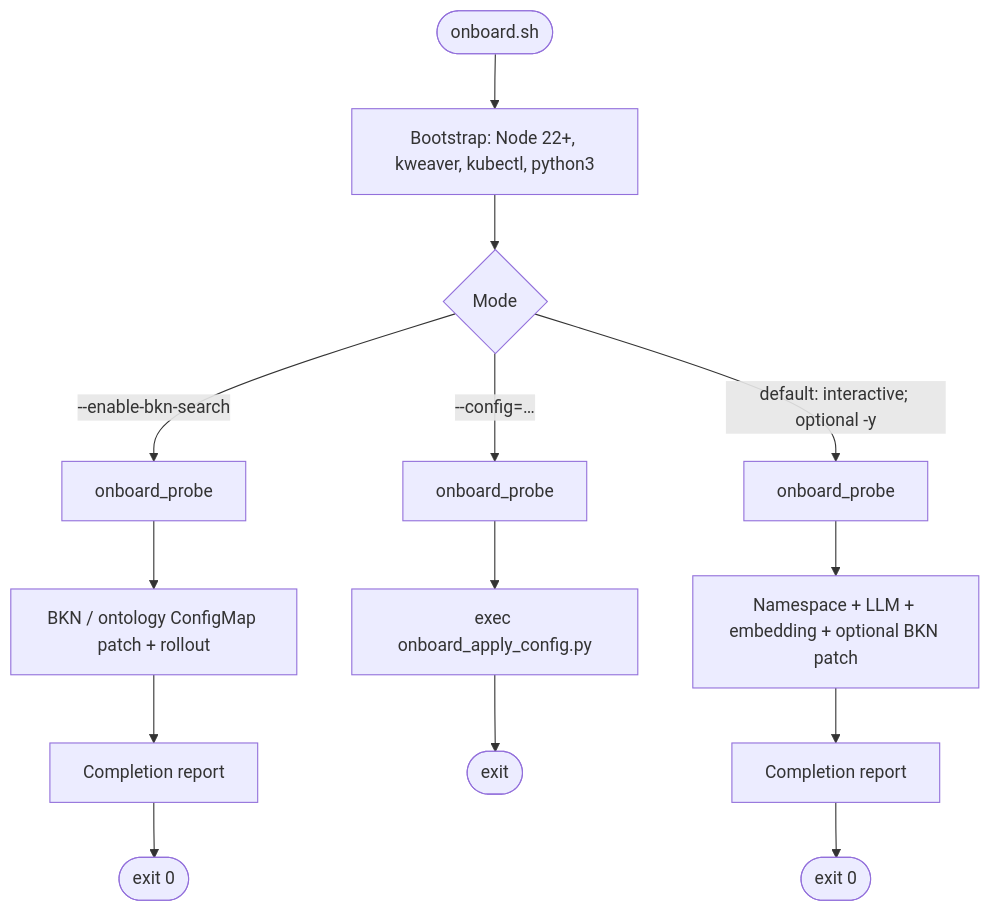
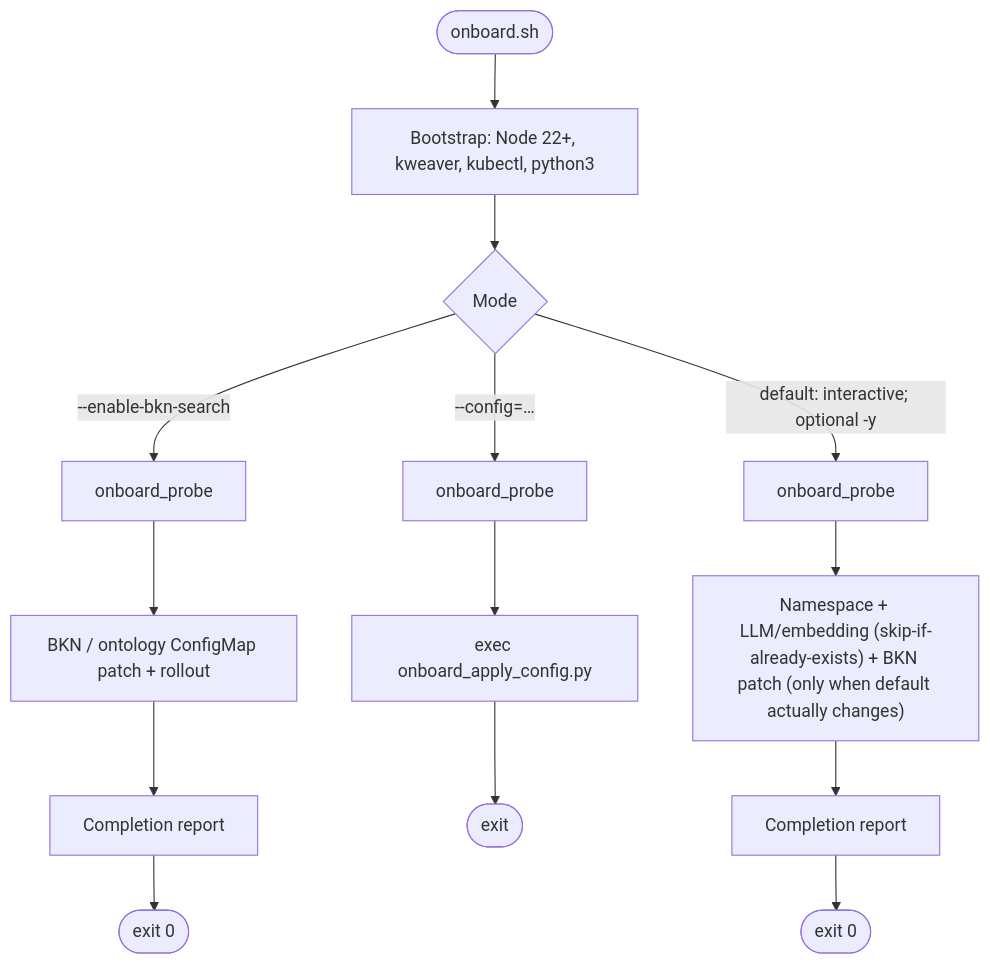
Before and after one commit to kweaver-ai/kweaver: the first of 3 diagrams in help/en/install.md, drawn with Mermaid. The commit also changed other lines of this file and 5 other files, not shown here.

First line of the commit message:
feat(onboard): re-runnable model registration; ask before adding; skip BKN patch when default unchanged

````diff
--- a/help/en/install.md
+++ b/help/en/install.md
@@ -184,8 +184,8 @@
 ```mermaid
 flowchart TB
   s([onboard.sh]) --> boot["Bootstrap: Node 22+, kweaver, kubectl, python3"]
   boot --> mode{Mode}
   mode -->|"--enable-bkn-search"| p1[onboard_probe] --> bkn["BKN / ontology ConfigMap patch + rollout"] --> r1[Completion report] --> e1([exit 0])
   mode -->|"--config=…"| p2[onboard_probe] --> py["exec onboard_apply_config.py"] --> e2([exit])
-  mode -->|default: interactive; optional -y| p3[onboard_probe] --> ui["Namespace + LLM + embedding + optional BKN patch"] --> r2[Completion report] --> e3([exit 0])
+  mode -->|default: interactive; optional -y| p3[onboard_probe] --> ui["Namespace + LLM/embedding (skip-if-already-exists) + BKN patch (only when default actually changes)"] --> r2[Completion report] --> e3([exit 0])
 ```
````
